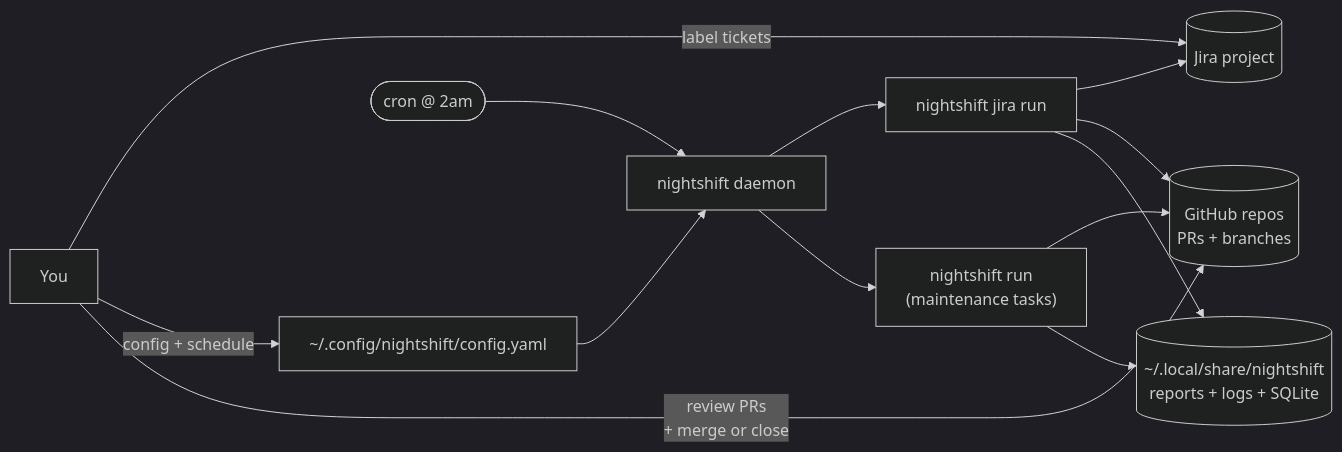
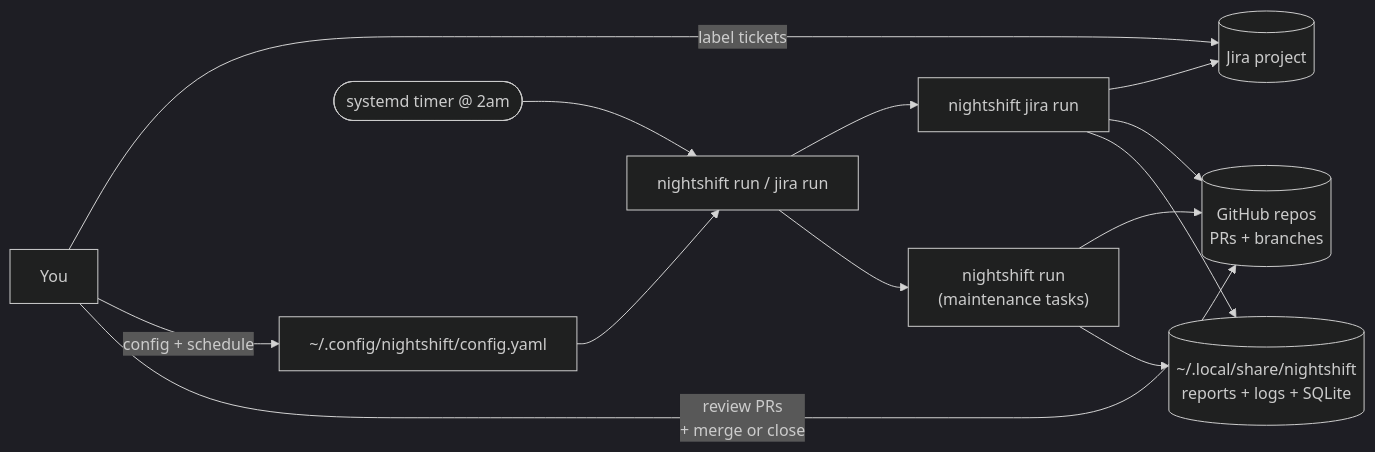
One commit to cedricfarinazzo/nightshift changed the diagram in docs/user/introduction.md. Above: the diagram before and after it, drawn with Mermaid (dark theme). The commit also changed other lines of this file and 35 other files, not shown here.

First line of the commit message:
[VC-102] Remove nightshift daemon, rely on systemd timer + nightshift run (#134)

````diff
--- a/docs/user/introduction.md
+++ b/docs/user/introduction.md
@@ -22,15 +22,15 @@
 ```mermaid
 flowchart LR
     You["You"] -->|label tickets| Jira[("Jira project")]
     You -->|config + schedule| Cfg["~/.config/nightshift/config.yaml"]
-    Cron(["cron @ 2am"]) --> NS["nightshift daemon"]
+    Timer(["systemd timer @ 2am"]) --> NS["nightshift run / jira run"]
     Cfg --> NS
     NS --> JR["nightshift jira run"]
     NS --> TR["nightshift run<br/>(maintenance tasks)"]
     JR --> Jira
     JR --> GH[("GitHub repos<br/>PRs + branches")]
     TR --> GH
     JR --> Rep[("~/.local/share/nightshift<br/>reports + logs + SQLite")]
     TR --> Rep
     You -->|review PRs<br/>+ merge or close| GH
 ```
````
